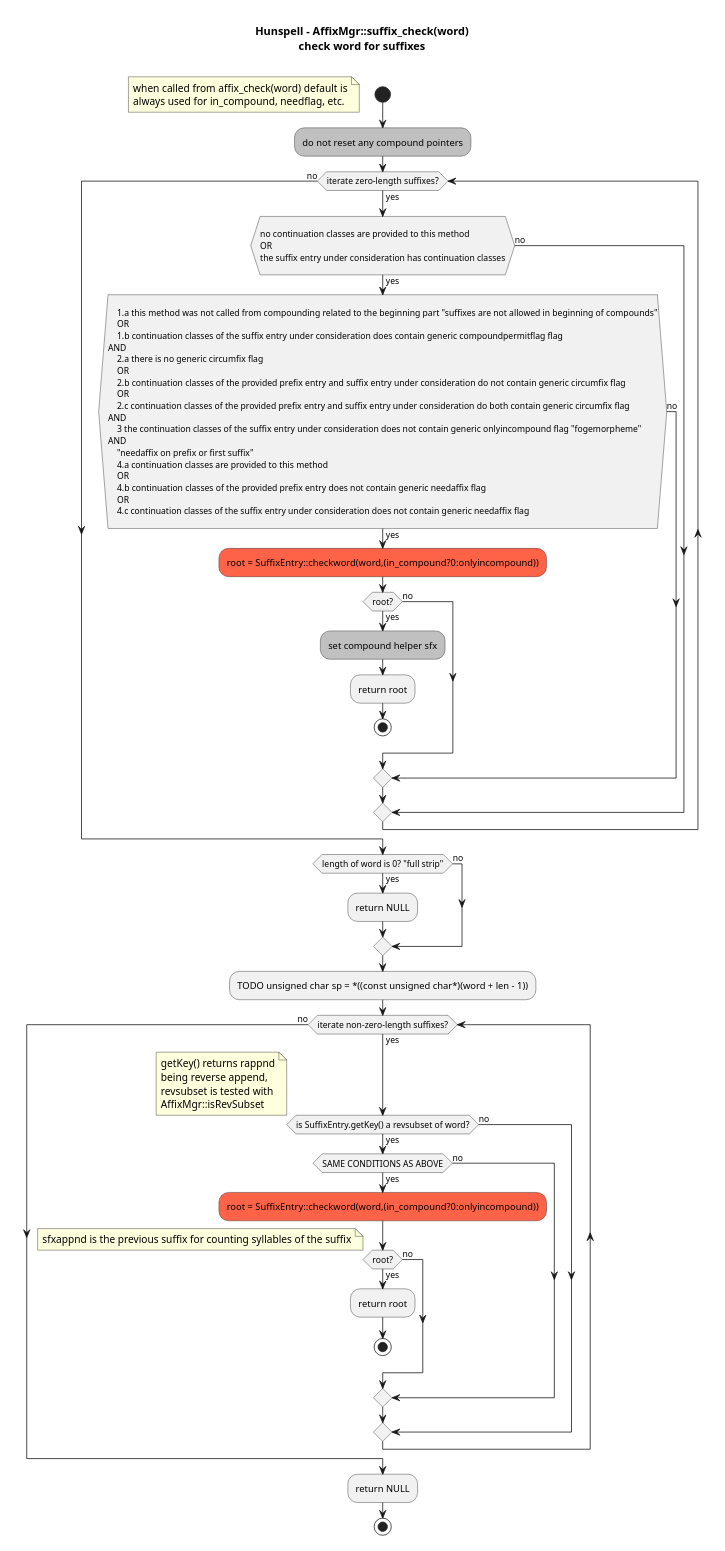
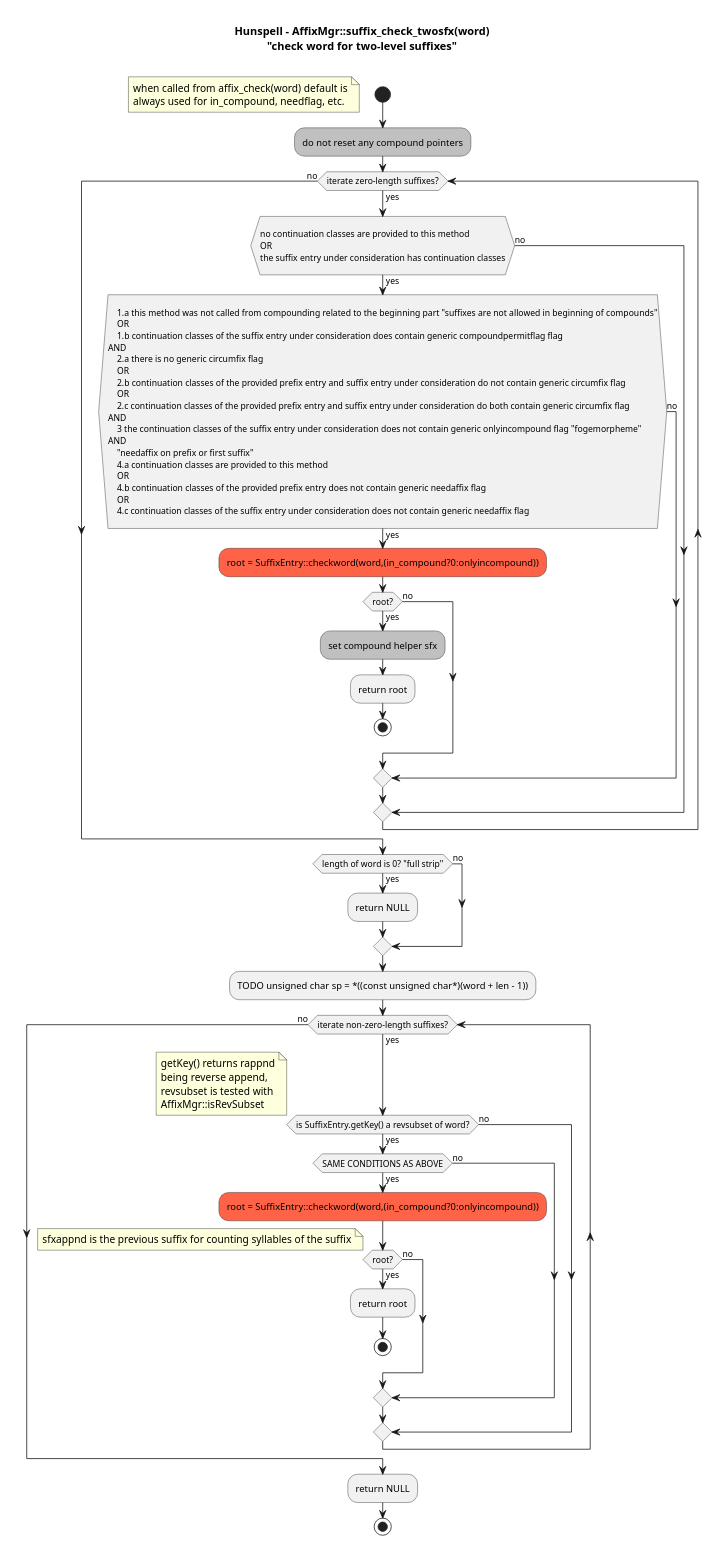
Before and after one commit to nuspell/misc-nuspell: the diagram in uml/plantuml/suffix-check-twosfx-activity-diagram.pu, drawn with PlantUML. The commit also changed 9 other files, not shown here.

```diff
--- a/uml/plantuml/suffix-check-twosfx-activity-diagram.pu
+++ b/uml/plantuml/suffix-check-twosfx-activity-diagram.pu
@@ -1,76 +1,76 @@
 @startuml
 skinparam backgroundcolor White|White
 
-title Hunspell - AffixMgr::suffix_check(word)\ncheck word for suffixes\n
+title Hunspell - AffixMgr::suffix_check_twosfx(word)\n"check word for two-level suffixes"\n
 
 start
 floating note: when called from affix_check(word) default is\nalways used for in_compound, needflag, etc.
 
 #silver:do not reset any compound pointers;
 while (iterate zero-length suffixes?) is (yes)
 	if (
 no continuation classes are provided to this method
 OR
 the suffix entry under consideration has continuation classes
 	) then (yes)
 		if (
     1.a this method was not called from compounding related to the beginning part "suffixes are not allowed in beginning of compounds"
     OR
     1.b continuation classes of the suffix entry under consideration does contain generic compoundpermitflag flag
 AND
     2.a there is no generic circumfix flag
     OR
     2.b continuation classes of the provided prefix entry and suffix entry under consideration do not contain generic circumfix flag
     OR
     2.c continuation classes of the provided prefix entry and suffix entry under consideration do both contain generic circumfix flag	
 AND
     3 the continuation classes of the suffix entry under consideration does not contain generic onlyincompound flag "fogemorpheme"
 AND
     "needaffix on prefix or first suffix"
     4.a continuation classes are provided to this method
     OR
     4.b continuation classes of the provided prefix entry does not contain generic needaffix flag
     OR
     4.c continuation classes of the suffix entry under consideration does not contain generic needaffix flag
 		) then (yes)
 			#tomato:root = SuffixEntry::checkword(word,(in_compound?0:onlyincompound));
 			if (root?) then (yes)
 				#silver:set compound helper sfx;
 				:return root;
 				stop
 			else (no)
 			endif
 		else (no)
 		endif
 	else (no)
 	endif
 endwhile (no)
 
 if (length of word is 0? "full strip") then (yes)
 	:return NULL;
 else (no)
 endif
 
 :TODO unsigned char sp = *((const unsigned char*)(word + len - 1));
 while (iterate non-zero-length suffixes?) is (yes)
 	if (is SuffixEntry.getKey() a revsubset of word?) then (yes)
 		floating note: getKey() returns rappnd\nbeing reverse append,\nrevsubset is tested with\nAffixMgr::isRevSubset
 		if (SAME CONDITIONS AS ABOVE) then (yes)
 			#tomato:root = SuffixEntry::checkword(word,(in_compound?0:onlyincompound));
 			if (root?) then (yes)
 				floating note: sfxappnd is the previous suffix for counting syllables of the suffix
 
 				:return root;
 				stop
 			else (no)
 			endif
 		else (no)
 		endif
 	else (no)
 	endif
 endwhile (no)
 
 :return NULL;
 stop
 
 @enduml
```
